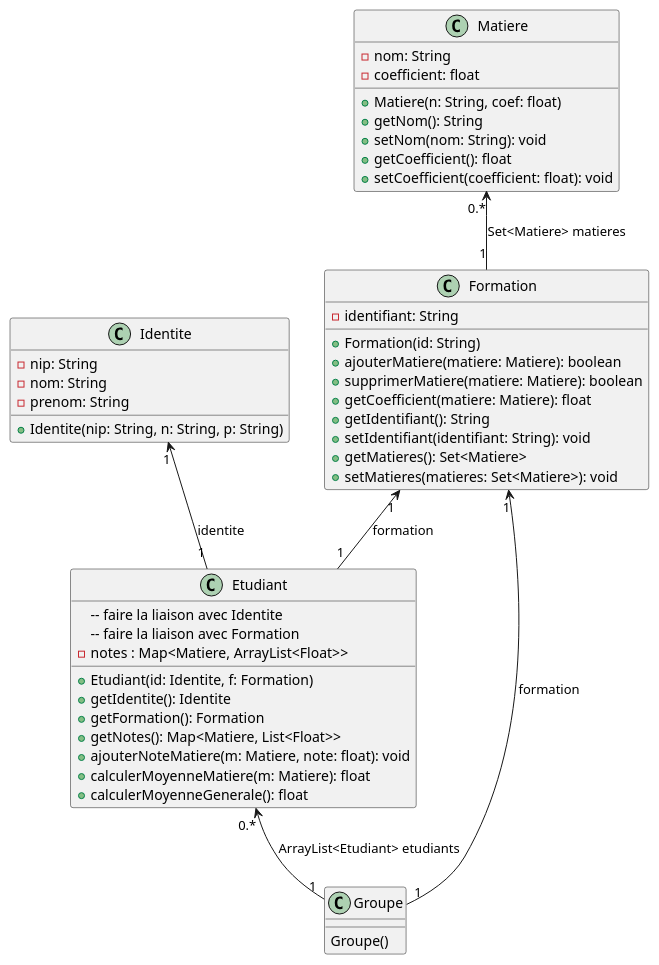
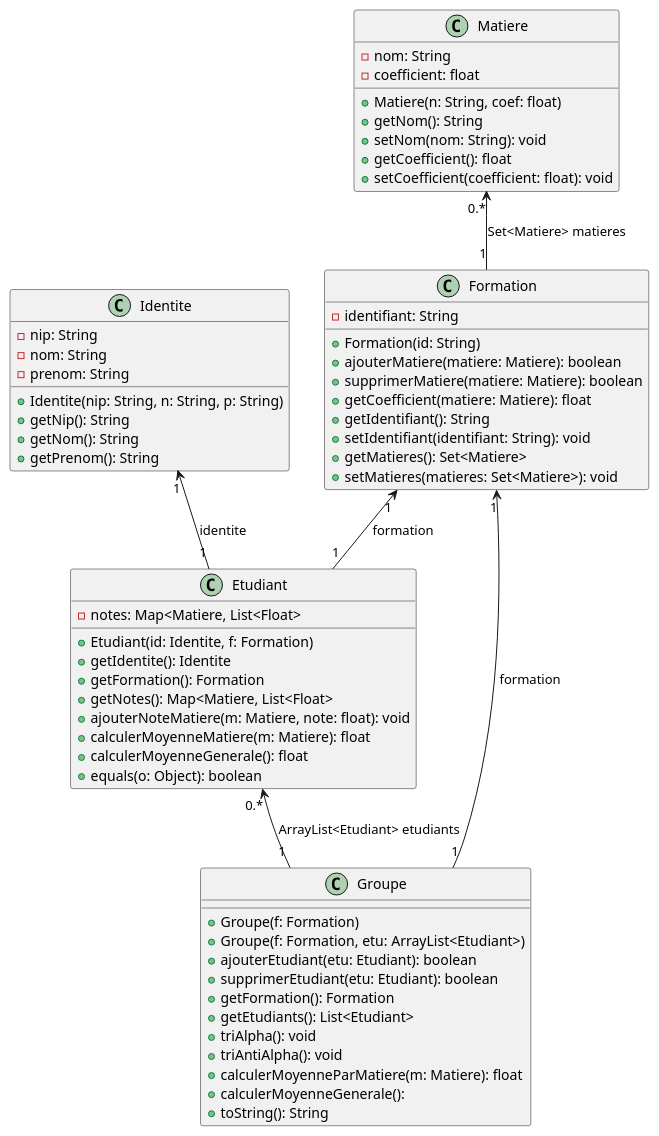
Before and after one commit to IUTNancyCharlemagne/r3-04-tp2-partie2-equipe-pierrot_troha: the diagram in ProjetFormation/DiagrammeDeClasses.puml, drawn with PlantUML. The commit also changed 1 other file, not shown here.

Commit message:
Diagramme de classe updated ainsi que la version.png pour être conforme à la question 3.2.3

```diff
--- a/ProjetFormation/DiagrammeDeClasses.puml
+++ b/ProjetFormation/DiagrammeDeClasses.puml
@@ -1,57 +1,66 @@
 @startuml
 class Identite {
     - nip: String
     - nom: String
     - prenom: String
-
     + Identite(nip: String, n: String, p: String)
+    + getNip(): String
+    + getNom(): String
+    + getPrenom(): String
 }
 
 class Etudiant{
-    -- faire la liaison avec Identite
-    -- faire la liaison avec Formation
-    - notes : Map<Matiere, ArrayList<Float>>
+    - notes: Map<Matiere, List<Float>
     + Etudiant(id: Identite, f: Formation)
     + getIdentite(): Identite
     + getFormation(): Formation
-    + getNotes(): Map<Matiere, List<Float>>
+    + getNotes(): Map<Matiere, List<Float>
     + ajouterNoteMatiere(m: Matiere, note: float): void
     + calculerMoyenneMatiere(m: Matiere): float
     + calculerMoyenneGenerale(): float
+    + equals(o: Object): boolean
 }
 
 class Formation {
-    - identifiant: String
-
-    + Formation(id: String)
-    + ajouterMatiere(matiere: Matiere): boolean
-    + supprimerMatiere(matiere: Matiere): boolean
-    + getCoefficient(matiere: Matiere): float
-    + getIdentifiant(): String
-    + setIdentifiant(identifiant: String): void
-    + getMatieres(): Set<Matiere>
-    + setMatieres(matieres: Set<Matiere>): void
+  - identifiant: String
+  + Formation(id: String)
+  + ajouterMatiere(matiere: Matiere): boolean
+  + supprimerMatiere(matiere: Matiere): boolean
+  + getCoefficient(matiere: Matiere): float
+  + getIdentifiant(): String
+  + setIdentifiant(identifiant: String): void
+  + getMatieres(): Set<Matiere>
+  + setMatieres(matieres: Set<Matiere>): void
 }
 
 class Matiere {
     - nom: String
     - coefficient: float
-
     + Matiere(n: String, coef: float)
     + getNom(): String
     + setNom(nom: String): void
     + getCoefficient(): float
     + setCoefficient(coefficient: float): void
 }
 
-class Groupe{
-    Groupe()
+class Groupe {
+  + Groupe(f: Formation)
+  + Groupe(f: Formation, etu: ArrayList<Etudiant>)
+  + ajouterEtudiant(etu: Etudiant): boolean
+  + supprimerEtudiant(etu: Etudiant): boolean
+  + getFormation(): Formation
+  + getEtudiants(): List<Etudiant>
+  + triAlpha(): void
+  + triAntiAlpha(): void
+  + calculerMoyenneParMatiere(m: Matiere): float
+  + calculerMoyenneGenerale():
+  + toString(): String
 }
 
 
 Identite"1" <-- "1"Etudiant : identite
 Formation"1" <-- "1"Etudiant : formation
 Matiere"0.*" <--"1" Formation : Set<Matiere> matieres
 Etudiant"0.*" <-- "1" Groupe : ArrayList<Etudiant> etudiants
 Formation"1" <-- "1" Groupe : formation
 @enduml
```
